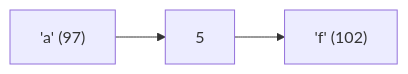
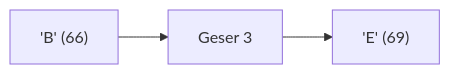
One commit to amnahwaida/OSNK_INF_PREP changed the ninth of 25 diagrams in part-c-pemahaman-cpp/01-tipe-data/latihan/set-03.md. Above: the diagram before and after it, drawn with Mermaid. The commit also changed other lines of this file and 71 other files, not shown here.

````diff
--- a/part-c-pemahaman-cpp/01-tipe-data/latihan/set-03.md
+++ b/part-c-pemahaman-cpp/01-tipe-data/latihan/set-03.md
@@ -295,5 +248,5 @@
 ```mermaid
 graph LR
-A["'a' (97)"] --> B["5"]
-B --> C["'f' (102)"]
+A["'B' (66)"] --> B["Geser 3"]
+B --> C["'E' (69)"]
 ```
````
